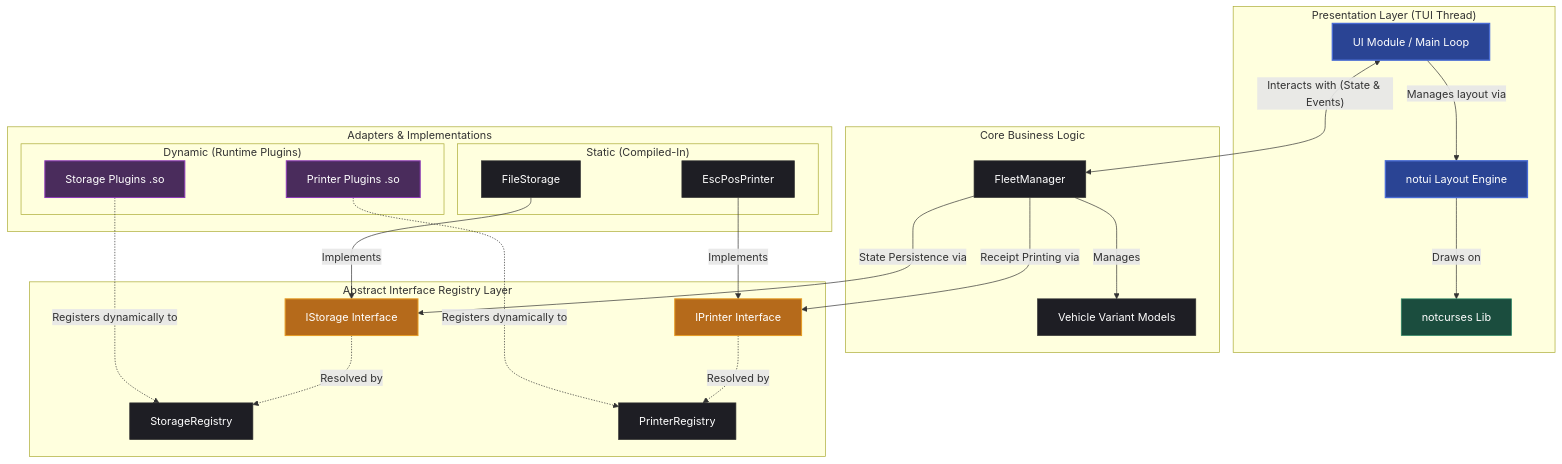
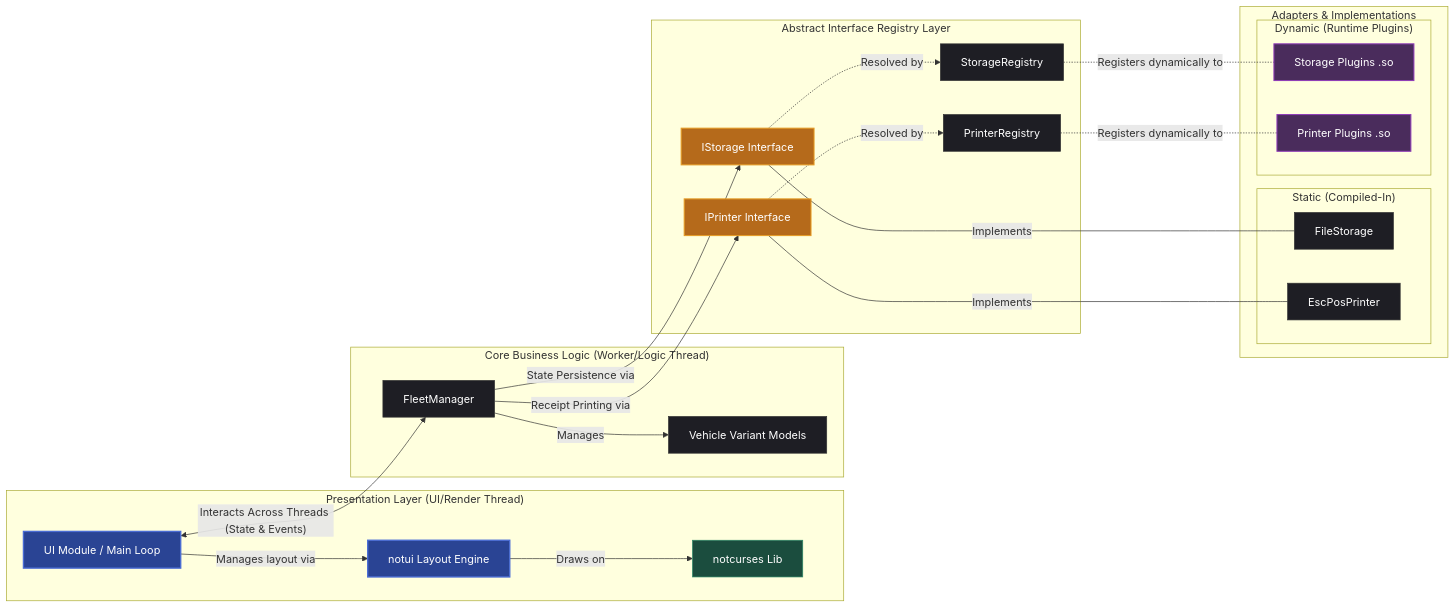
The diagram in README.md (justkowal/VehicleManagementSystem), drawn with Mermaid before and after one commit.

Commit message:
docs: update system architecture diagram for correct orientation and thread labeling

````diff
--- a/README.md
+++ b/README.md
@@ -43,60 +43,60 @@
 ```mermaid
-graph TD
+graph LR
     classDef default fill:#1e1e24,stroke:#333,stroke-width:1px,color:#fff;
     classDef primary fill:#2a4494,stroke:#4a6cd4,stroke-width:2px,color:#fff;
     classDef interface fill:#b56a1b,stroke:#e69c24,stroke-width:1.5px,color:#fff;
     classDef plugin fill:#4a2c5c,stroke:#8f3bb8,stroke-width:1.5px,color:#fff;
     classDef ext fill:#1b4d3e,stroke:#2d8a68,stroke-width:1px,color:#fff;
 
-    subgraph UserInterface ["Presentation Layer (TUI Thread)"]
+    subgraph UserInterface ["Presentation Layer (UI/Render Thread)"]
         UI[UI Module / Main Loop]:::primary
         notui[notui Layout Engine]:::primary
         notcurses[notcurses Lib]:::ext
     end
 
-    subgraph CoreEngine ["Core Business Logic"]
+    subgraph CoreEngine ["Core Business Logic (Worker/Logic Thread)"]
         FM[FleetManager]:::default
         VEH[Vehicle Variant Models]:::default
     end
 
     subgraph Abstractions ["Abstract Interface Registry Layer"]
         IS[IStorage Interface]:::interface
         IP[IPrinter Interface]:::interface
         SR[StorageRegistry]:::default
         PR[PrinterRegistry]:::default
     end
 
     subgraph Adapters ["Adapters & Implementations"]
         subgraph Static ["Static (Compiled-In)"]
             FS[FileStorage]:::default
             EP[EscPosPrinter]:::default
         end
         subgraph Dynamic ["Dynamic (Runtime Plugins)"]
             DSP[Storage Plugins .so]:::plugin
             DPP[Printer Plugins .so]:::plugin
         end
     end
 
     UI -->|Manages layout via| notui
     notui -->|Draws on| notcurses
     
-    UI <-->|"Interacts with (State & Events)"| FM
+    UI <-->|"Interacts Across Threads (State & Events)"| FM
     FM -->|Manages| VEH
     
     FM -->|State Persistence via| IS
     FM -->|Receipt Printing via| IP
     
     IS -.->|Resolved by| SR
     IP -.->|Resolved by| PR
     
-    FS -->|Implements| IS
-    EP -->|Implements| IP
+    IS <---|Implements| FS
+    IP <---|Implements| EP
     
-    DSP -.->|Registers dynamically to| SR
-    DPP -.->|Registers dynamically to| PR
+    SR <-.-|Registers dynamically to| DSP
+    PR <-.-|Registers dynamically to| DPP
 
     class UI,notui primary;
     class IS,IP interface;
     class DSP,DPP plugin;
     class notcurses ext;
 ```
````
